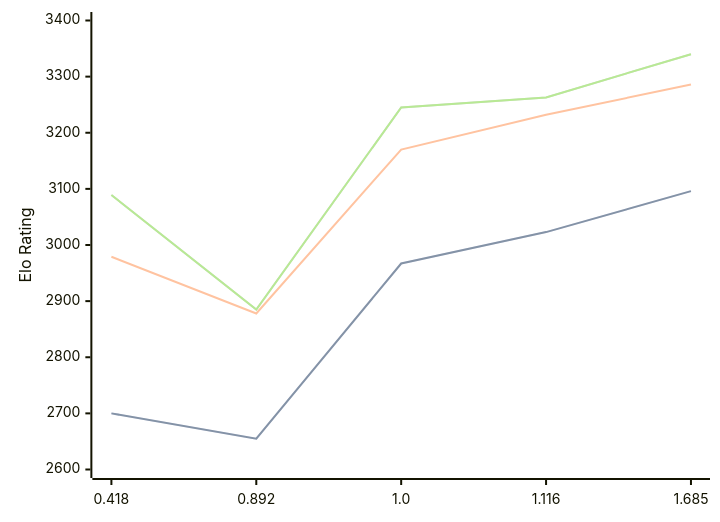
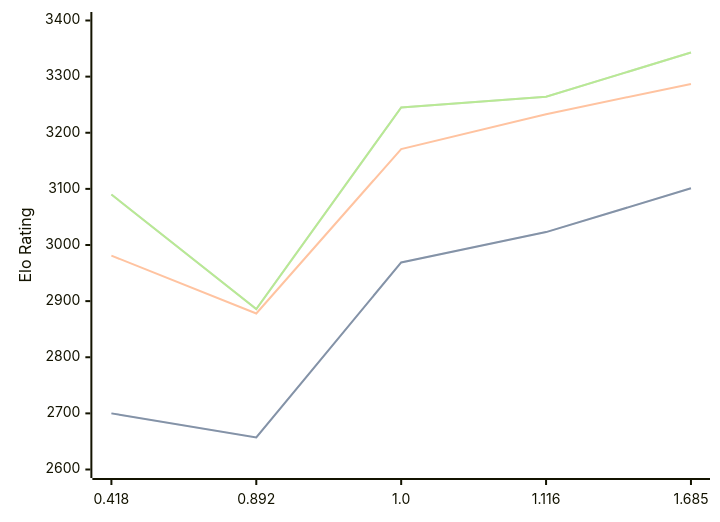
The diagram in engines/Malika.md (computer-chess-index/cci), drawn with Mermaid before and after one commit. The commit also changed other lines of this file, not shown here.

Commit message:
Update CCI Ratings (ELO VLTC) - 2026-07-24

````diff
--- a/engines/Malika.md
+++ b/engines/Malika.md
@@ -35,11 +35,11 @@
 ```mermaid
 %%{init: {"theme":"base","themeVariables":{"seriesColors:['#a3a3a3','#222221','#faa371']}}}%%
 xychart-beta
   x-axis ["0.418", "0.892", "1.0", "1.116", "1.685"]
   y-axis "Elo Rating" 2600 --> 3400
-  line "STC (8.0+0.08s)" [2700, 2655, 2967, 3023, 3096]
-  line "STC (8.0+0.08s)" [2700, 2655, 2967, 3023, 3096]
-  line "LTC (60.0+0.60s)" [2979, 2878, 3170, 3232, 3286]
-  line "VLTC (2m24s+1.12s)" [3089, 2885, 3245, 3263, 3340]
-  line "VLTC (2m24s+1.12s)" [3089, 2885, 3245, 3263, 3340]
+  line "STC (8.0+0.08s)" [2700, 2657, 2969, 3023, 3101]
+  line "STC (8.0+0.08s)" [2700, 2657, 2969, 3023, 3101]
+  line "LTC (60.0+0.60s)" [2981, 2878, 3171, 3233, 3287]
+  line "VLTC (2m24s+1.12s)" [3090, 2886, 3245, 3264, 3343]
+  line "VLTC (2m24s+1.12s)" [3090, 2886, 3245, 3264, 3343]
 ```
````
